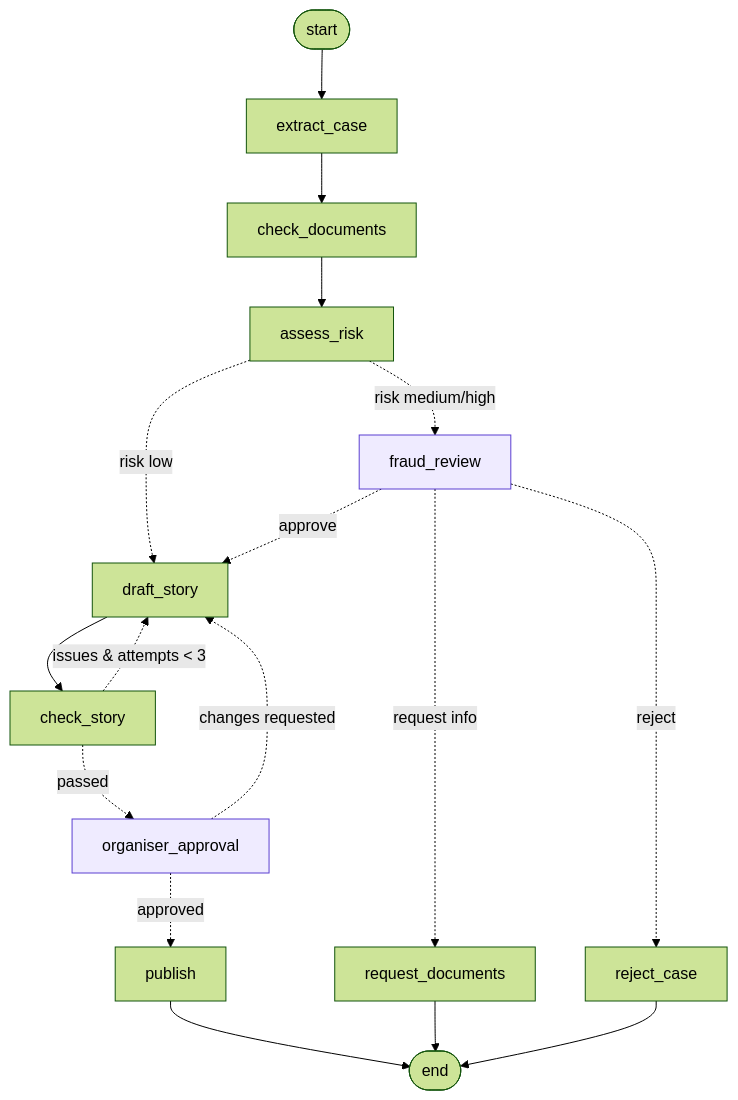
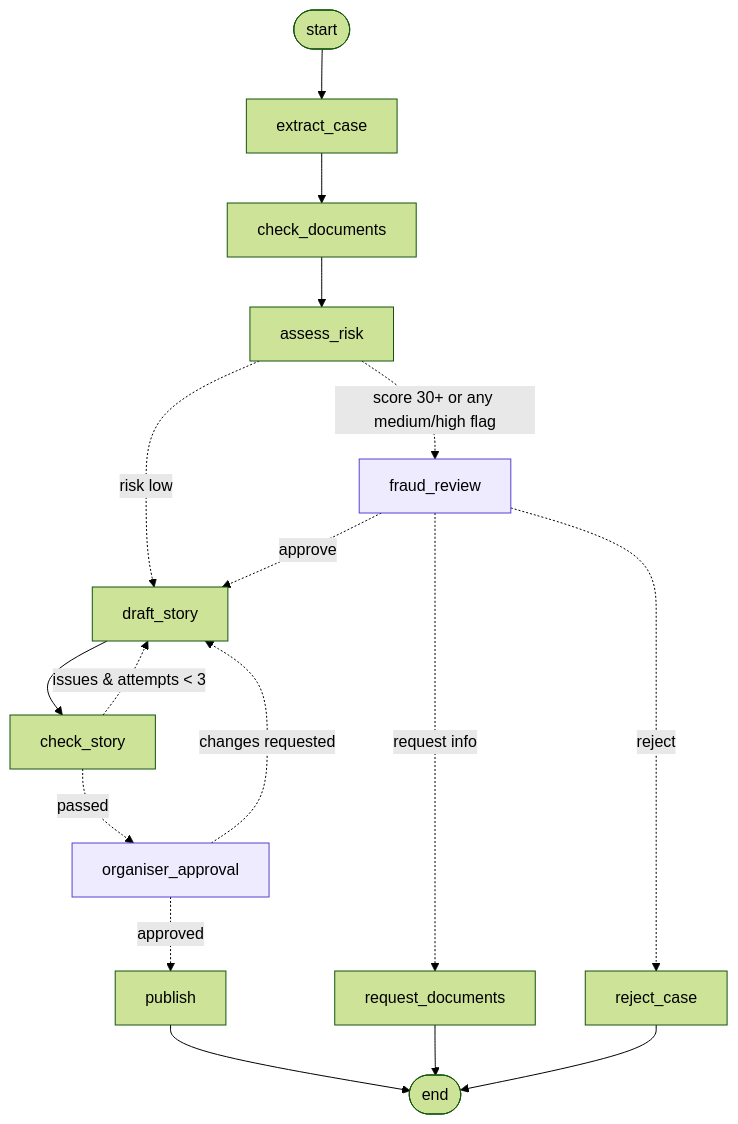
One commit to NiKeT972/carefund-agent changed the diagram in README.md. Above: the diagram before and after it, drawn with Mermaid (forest theme). The commit also changed other lines of this file and 16 other files, not shown here.

````diff
--- a/README.md
+++ b/README.md
@@ -13,17 +13,17 @@
 ```mermaid
 graph TD
     START([start]) --> extract_case
     extract_case --> check_documents
     check_documents --> assess_risk
     assess_risk -. "risk low" .-> draft_story
-    assess_risk -. "risk medium/high" .-> fraud_review
+    assess_risk -. "score 30+ or any medium/high flag" .-> fraud_review
     fraud_review:::human -. approve .-> draft_story
     fraud_review -. "request info" .-> request_documents --> END([end])
     fraud_review -. reject .-> reject_case --> END
     draft_story --> check_story
     check_story -. "issues & attempts < 3" .-> draft_story
     check_story -. passed .-> organiser_approval
     organiser_approval:::human -. "changes requested" .-> draft_story
     organiser_approval -. approved .-> publish --> END
     classDef human fill:#efebff,stroke:#5b3fd1
 ```
````
